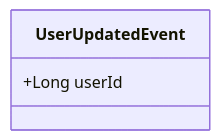
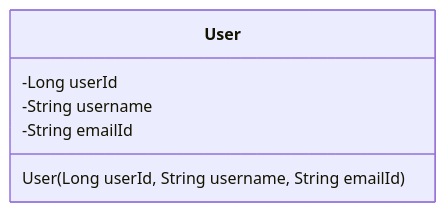
One commit to viswarajramji/user changed the eighth of 8 diagrams in readme.md. Above: the diagram before and after it, drawn with Mermaid. The commit also changed other lines of this file, not shown here.

````diff
--- a/readme.md
+++ b/readme.md
@@ -154,6 +163,11 @@
 ```mermaid
 classDiagram
-    class UserUpdatedEvent {
-        +Long userId
+    class User {
+        -Long userId
+        -String username
+        -String emailId
+        User(Long userId, String username, String emailId)
     }
+
+
 ```
````
